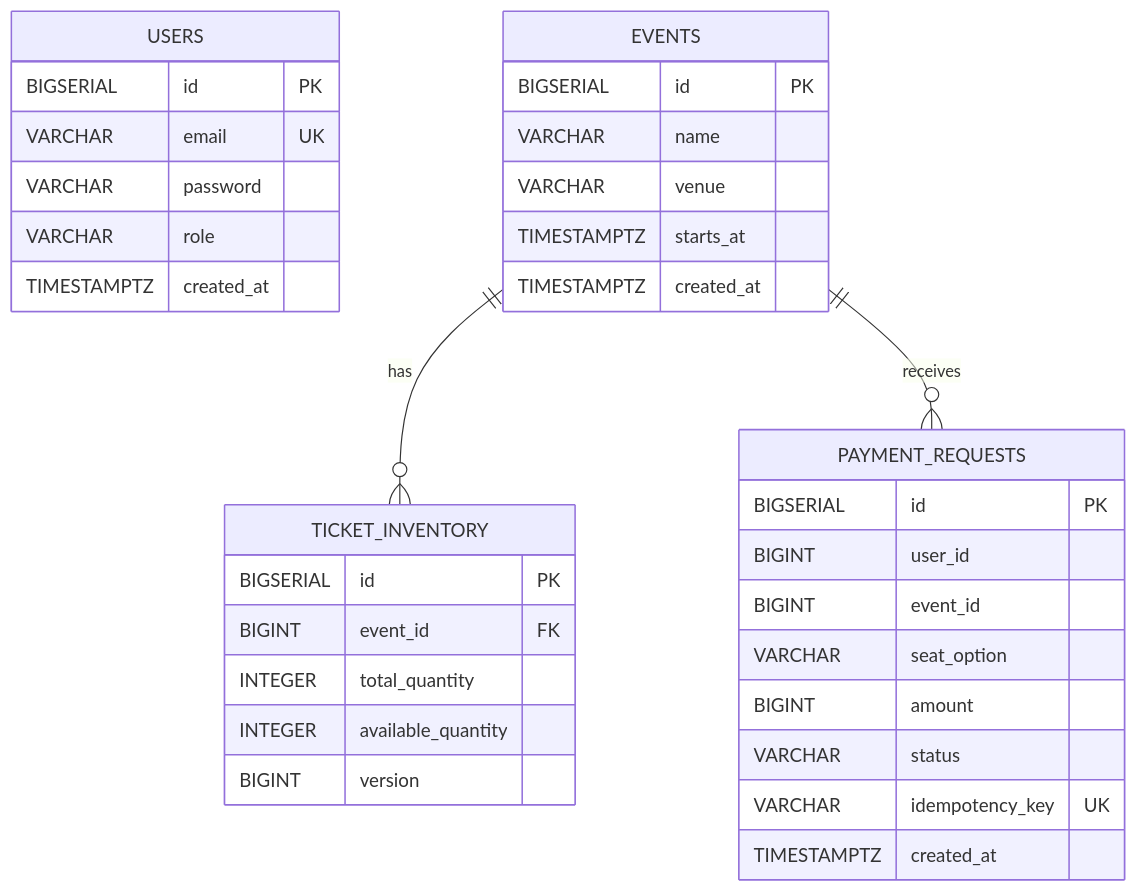
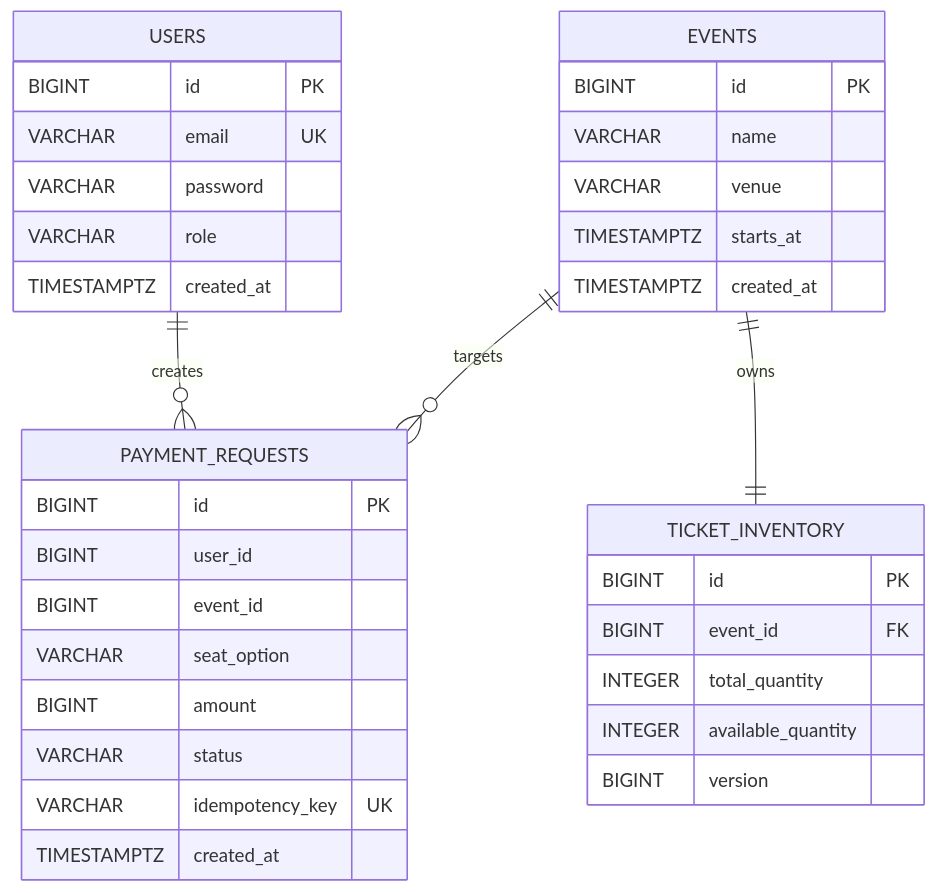
Before and after one commit to hyosikKim98/Ticketing-server: the diagram in docs/erd.md, drawn with Mermaid. The commit also changed other lines of this file and 8 other files, not shown here.

````diff
--- a/docs/erd.md
+++ b/docs/erd.md
@@ -7,37 +3,41 @@
 ```mermaid
 erDiagram
+    USERS ||--o{ PAYMENT_REQUESTS : creates
+    EVENTS ||--o{ PAYMENT_REQUESTS : targets
+    EVENTS ||--|| TICKET_INVENTORY : owns
+
     USERS {
-      BIGSERIAL id PK
+      BIGINT id PK
       VARCHAR email UK
       VARCHAR password
       VARCHAR role
       TIMESTAMPTZ created_at
     }
+
     EVENTS {
-      BIGSERIAL id PK
+      BIGINT id PK
       VARCHAR name
       VARCHAR venue
       TIMESTAMPTZ starts_at
       TIMESTAMPTZ created_at
     }
+
     TICKET_INVENTORY {
-      BIGSERIAL id PK
+      BIGINT id PK
       BIGINT event_id FK
       INTEGER total_quantity
       INTEGER available_quantity
       BIGINT version
     }
+
     PAYMENT_REQUESTS {
-      BIGSERIAL id PK
+      BIGINT id PK
       BIGINT user_id
       BIGINT event_id
       VARCHAR seat_option
       BIGINT amount
       VARCHAR status
       VARCHAR idempotency_key UK
       TIMESTAMPTZ created_at
     }
-
-    EVENTS ||--o{ TICKET_INVENTORY : has
-    EVENTS ||--o{ PAYMENT_REQUESTS : receives
 ```
````
